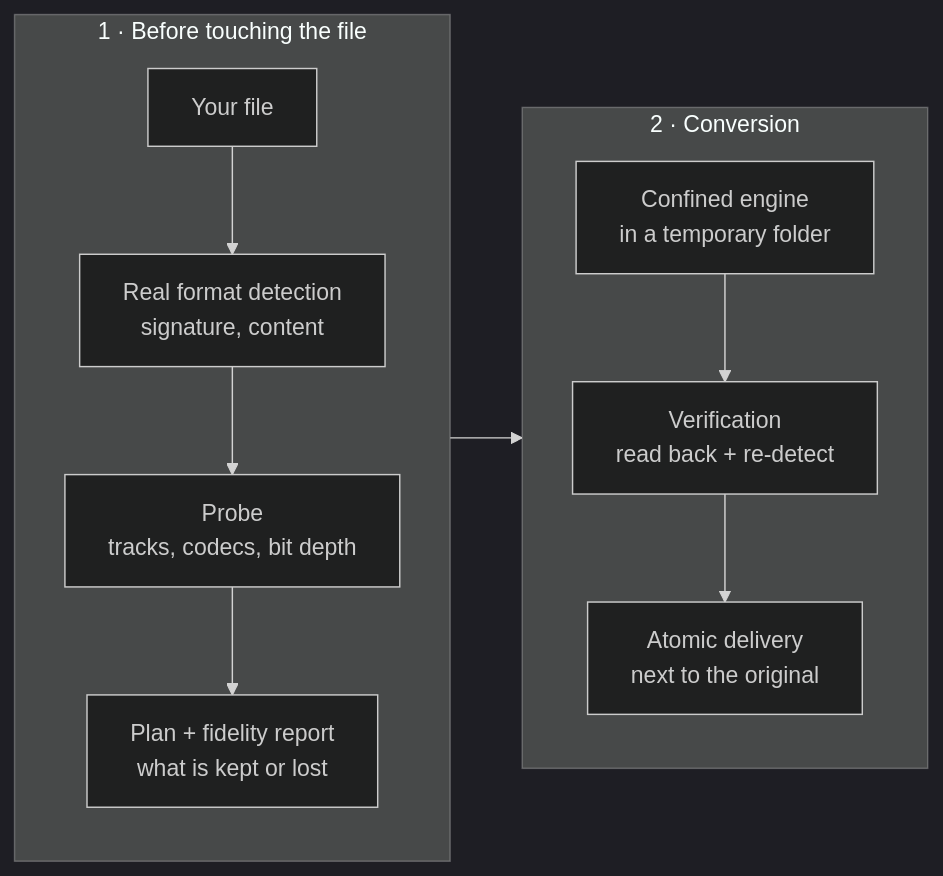
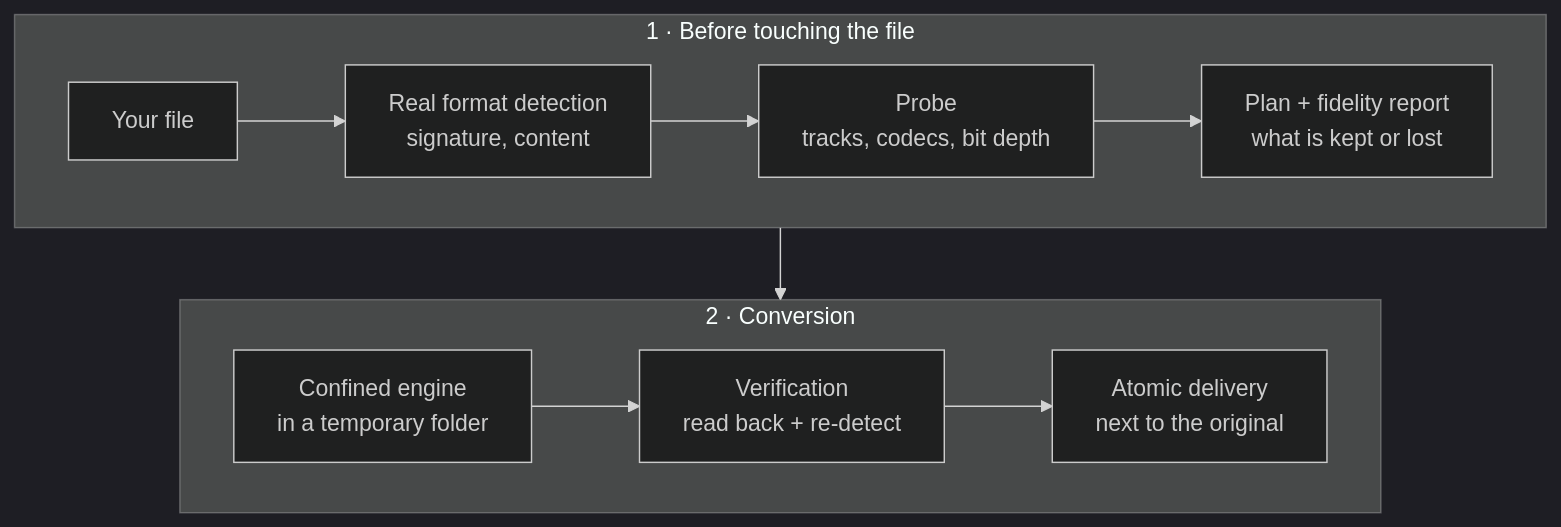
Before and after one commit to BigFatDeuce/chud-converter: the diagram in README.md, drawn with Mermaid (dark theme).

Commit message:
README : schéma en deux rangées

````diff
--- a/README.md
+++ b/README.md
@@ -98,15 +98,15 @@
 ```mermaid
-flowchart LR
+flowchart TB
     subgraph before ["1 · Before touching the file"]
-        direction TB
+        direction LR
         A["Your file"] --> B["Real format detection<br/>signature, content"]
         B --> C["Probe<br/>tracks, codecs, bit depth"]
         C --> D["Plan + fidelity report<br/>what is kept or lost"]
     end
     subgraph during ["2 · Conversion"]
-        direction TB
+        direction LR
         E["Confined engine<br/>in a temporary folder"] --> F["Verification<br/>read back + re-detect"]
         F --> G["Atomic delivery<br/>next to the original"]
     end
     before --> during
 ```
````
